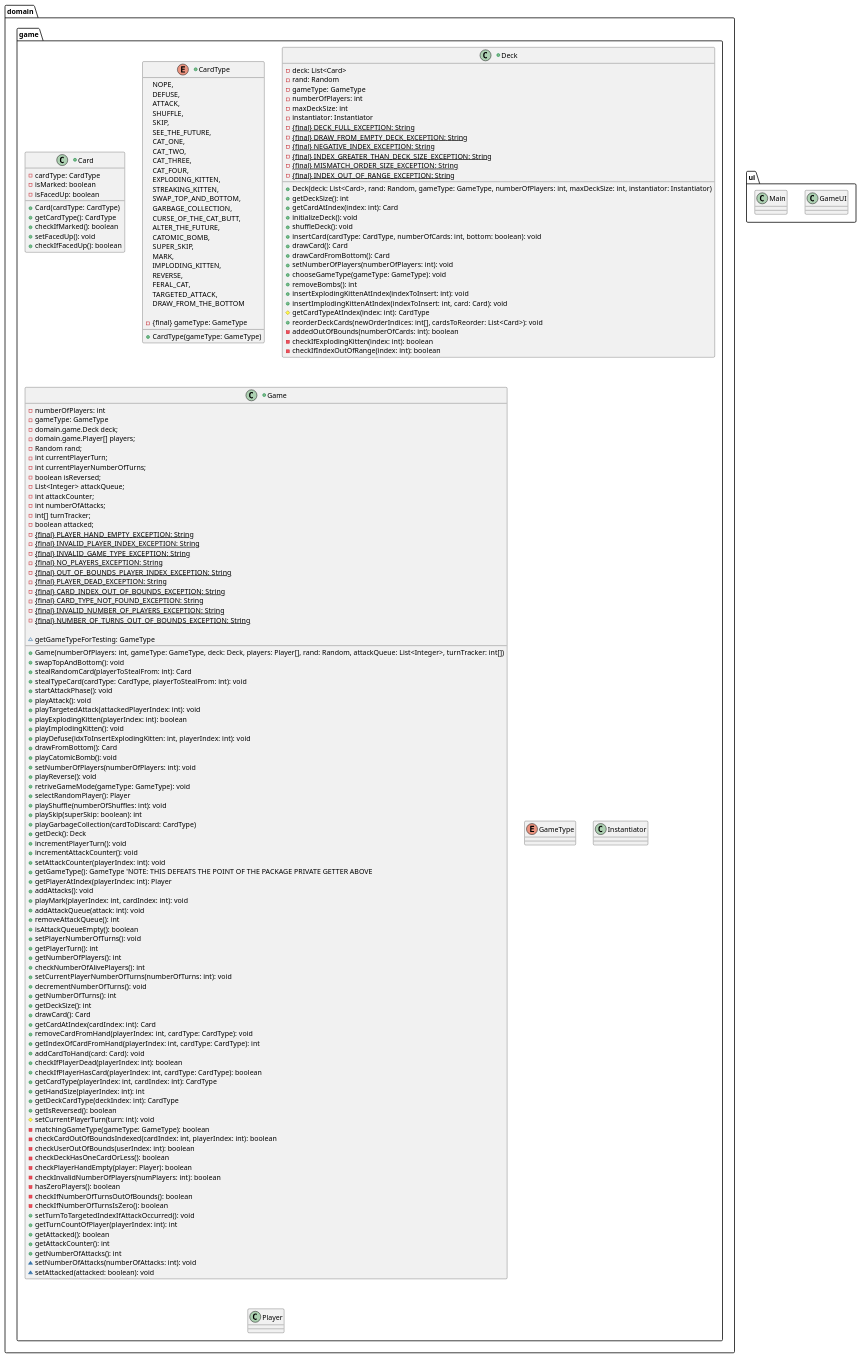
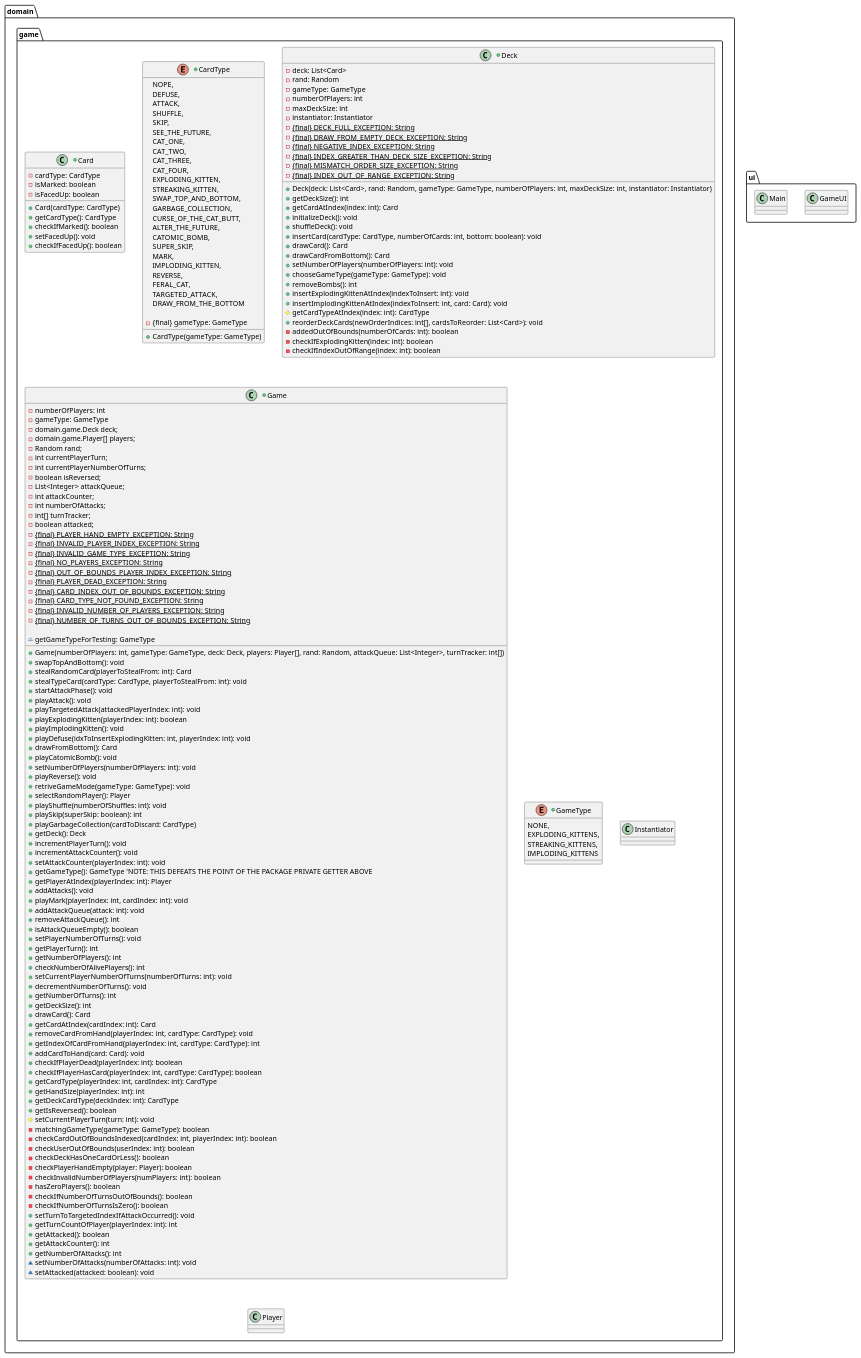
Before and after one commit to nu-cs-sw-design/project-20252601-exploding-cats: the diagram in docs/design/given-design.puml, drawn with PlantUML.

Commit message:
added options for GameType enum

```diff
--- a/docs/design/given-design.puml
+++ b/docs/design/given-design.puml
@@ -173,7 +173,11 @@
         ~setAttacked(attacked: boolean): void
     }
 
-    enum GameType {
+    +enum GameType {
+        NONE,
+        EXPLODING_KITTENS,
+        STREAKING_KITTENS,
+        IMPLODING_KITTENS
     }
 
     class Instantiator {
```
